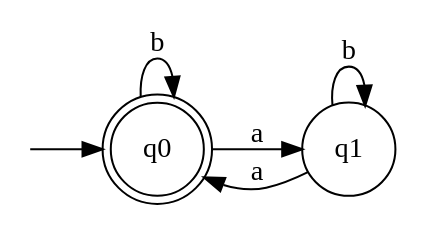
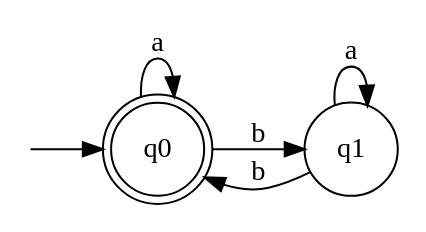
Before and after one commit to fhennecker/infofond-synthese: the diagram in fsa/fsa_productA1.dot, drawn with Graphviz.

Commit message:
[fix] fsa product A1 transitions

```diff
--- a/fsa/fsa_productA1.dot
+++ b/fsa/fsa_productA1.dot
@@ -1,12 +1,12 @@
 digraph a1 {
     rankdir=LR;
     size="3,1";
     start [style = invis width = 0 height = 0 shape = point];
     q0 [shape = doublecircle];
     q1 [shape = circle];
     start -> q0;
-    q0 -> q1 [ label = "a" ];
-    q1 -> q0 [ label = "a" ];
-    q0 -> q0 [ label = "b" ];
-    q1 -> q1 [ label = "b" ];
+    q0 -> q1 [ label = "b" ];
+    q1 -> q0 [ label = "b" ];
+    q0 -> q0 [ label = "a" ];
+    q1 -> q1 [ label = "a" ];
 }
```
